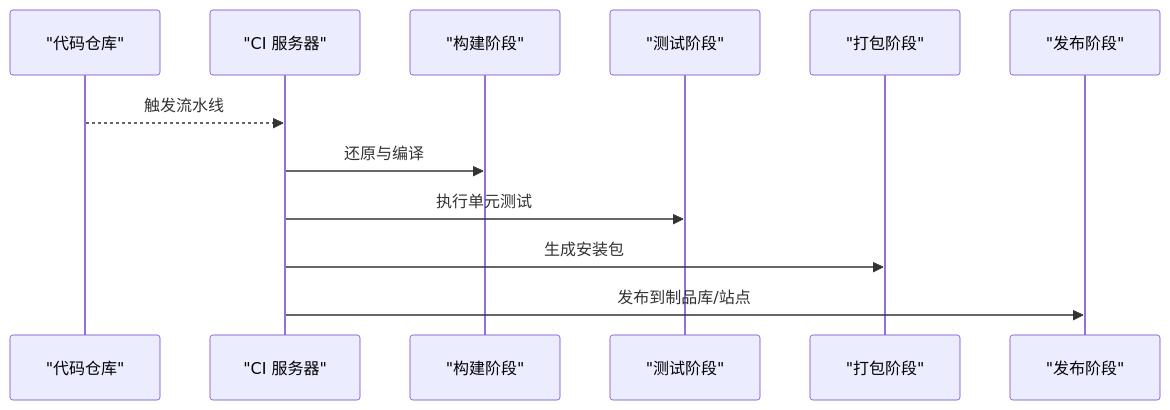
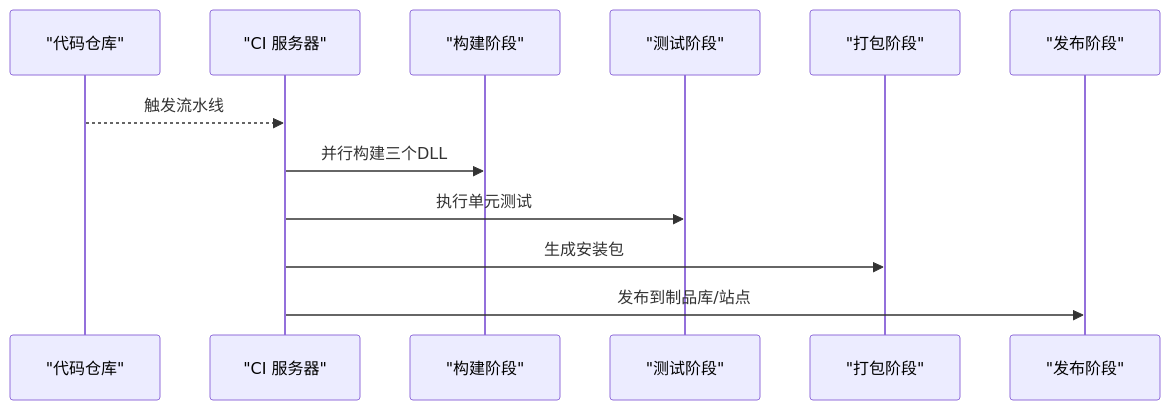
One commit to fuweiq94-cloud/339918076 changed the sixth of 8 diagrams in .qoder/repowiki/zh/content/开发指南/构建与部署.md. Above: the diagram before and after it, drawn with Mermaid. The commit also changed other lines of this file and 203 other files, not shown here.

````diff
--- a/.qoder/repowiki/zh/content/开发指南/构建与部署.md
+++ b/.qoder/repowiki/zh/content/开发指南/构建与部署.md
@@ -206,14 +303,14 @@
 ```mermaid
 sequenceDiagram
 participant GH as "代码仓库"
 participant CI as "CI 服务器"
 participant Build as "构建阶段"
 participant Test as "测试阶段"
 participant Pack as "打包阶段"
 participant Pub as "发布阶段"
 GH-->>CI : 触发流水线
-CI->>Build : 还原与编译
+CI->>Build : 并行构建三个DLL
 CI->>Test : 执行单元测试
 CI->>Pack : 生成安装包
 CI->>Pub : 发布到制品库/站点
 ```
````
